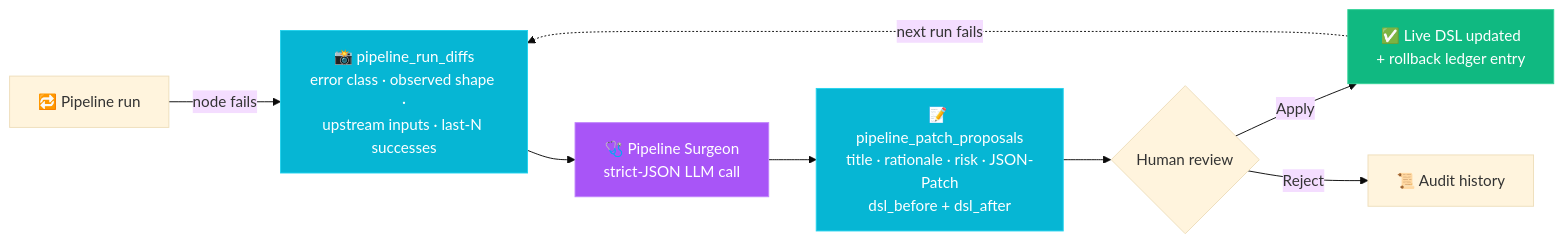
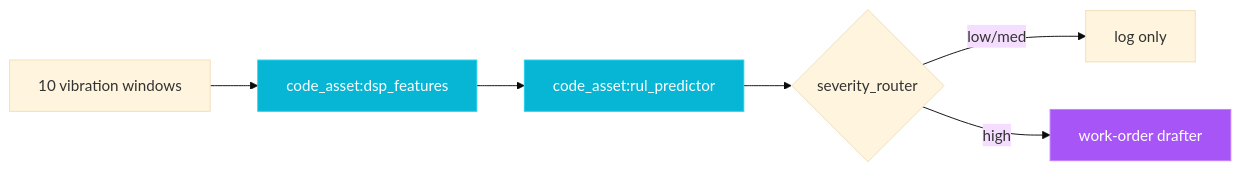
Before and after one commit to sarkar4777/abenix: the third of 4 diagrams in README.md, drawn with Mermaid (base theme). The commit also changed other lines of this file and 94 other files, not shown here.

````diff
--- a/README.md
+++ b/README.md
@@ -267,17 +290,13 @@
 ```mermaid
 flowchart LR
-    RUN[🔁 Pipeline run]
-    RUN -->|node fails| DIFF[📸 pipeline_run_diffs<br/>error class · observed shape ·<br/>upstream inputs · last-N successes]
-    DIFF --> SURGEON[🩺 Pipeline Surgeon<br/>strict-JSON LLM call]
-    SURGEON --> PATCH[📝 pipeline_patch_proposals<br/>title · rationale · risk · JSON-Patch<br/>dsl_before + dsl_after]
-    PATCH --> HUMAN{Human review}
-    HUMAN -->|Apply| LIVE[✅ Live DSL updated<br/>+ rollback ledger entry]
-    HUMAN -->|Reject| HIST[📜 Audit history]
-    LIVE -.->|next run fails| DIFF
-    classDef ai fill:#a855f7,stroke:#c084fc,color:#fff;
-    classDef db fill:#06b6d4,stroke:#22d3ee,color:#fff;
-    classDef ok fill:#10b981,stroke:#34d399,color:#fff;
-    class SURGEON ai;
-    class DIFF,PATCH db;
-    class LIVE ok;
+    SEED[10 vibration windows] --> DSP[code_asset:dsp_features]
+    DSP --> RUL[code_asset:rul_predictor]
+    RUL --> SEV{severity_router}
+    SEV -->|low/med| LOG[log only]
+    SEV -->|high| WO[work-order drafter]
+
+    classDef code fill:#06b6d4,stroke:#22d3ee,color:#fff;
+    classDef agent fill:#a855f7,stroke:#c084fc,color:#fff;
+    class DSP,RUL code;
+    class WO agent;
 ```
````
